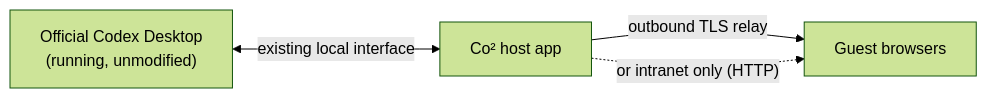
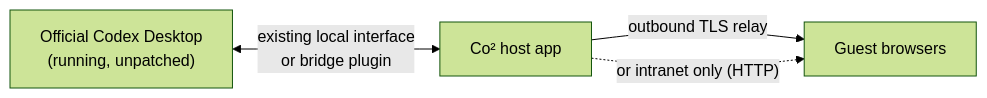
Before and after one commit to SpaceCoder-Kafka/codex-co2: the diagram in README.en.md, drawn with Mermaid (forest theme). The commit also changed other lines of this file and 33 other files, not shown here.

Commit message:
Restore Desktop sharing through a native macOS bridge plugin

````diff
--- a/README.en.md
+++ b/README.en.md
@@ -58,6 +67,6 @@
 ```mermaid
 flowchart LR
-  D["Official Codex Desktop<br/>(running, unmodified)"] <-- "existing local interface" --> H["Co² host app"]
+  D["Official Codex Desktop<br/>(running, unpatched)"] <-- "existing local interface<br/>or bridge plugin" --> H["Co² host app"]
   H -- "outbound TLS relay" --> G["Guest browsers"]
   H -. "or intranet only (HTTP)" .-> G
 ```
````
